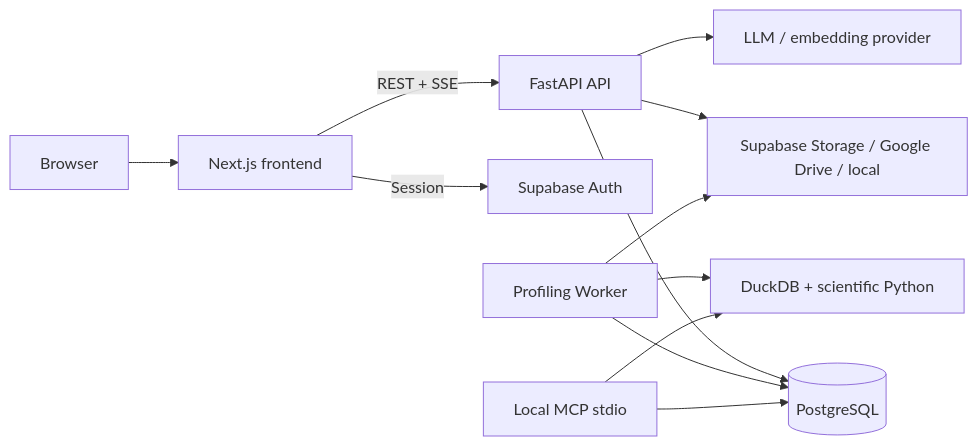
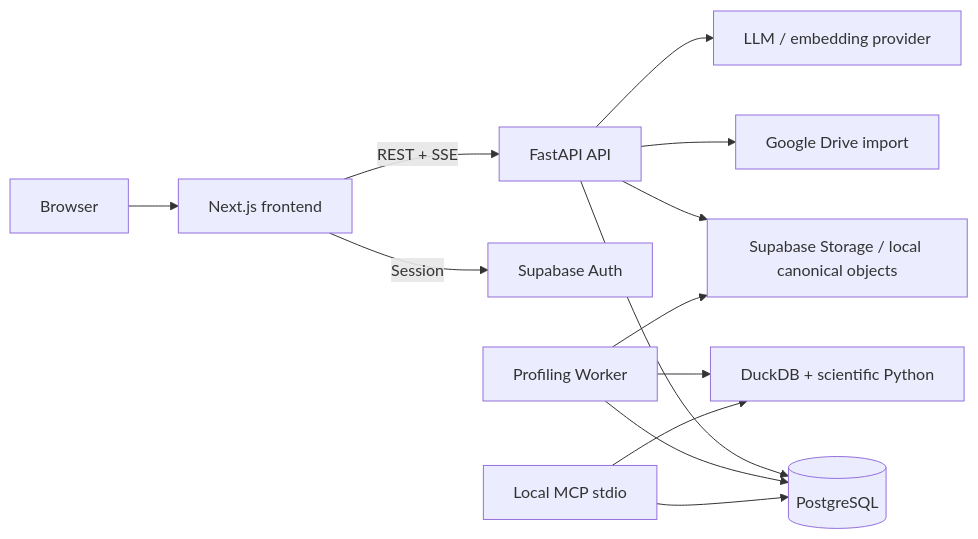
Before and after one commit to mhiu05/VDaAgent: the diagram in README.md, drawn with Mermaid. The commit also changed other lines of this file and 1913 other files, not shown here.

````diff
--- a/README.md
+++ b/README.md
@@ -29,14 +29,15 @@
 ```mermaid
 flowchart LR
   U[Browser] --> F[Next.js frontend]
   F -->|REST + SSE| A[FastAPI API]
   F -->|Session| AU[Supabase Auth]
   A --> DB[(PostgreSQL)]
-  A --> ST[Supabase Storage / Google Drive / local]
+  A --> ST[Supabase Storage / local canonical objects]
+  A --> GD[Google Drive import]
   A --> AI[LLM / embedding provider]
   W[Profiling Worker] --> DB
   W --> ST
   W --> C[DuckDB + scientific Python]
   M[Local MCP stdio] --> DB
   M --> C
 ```
````
